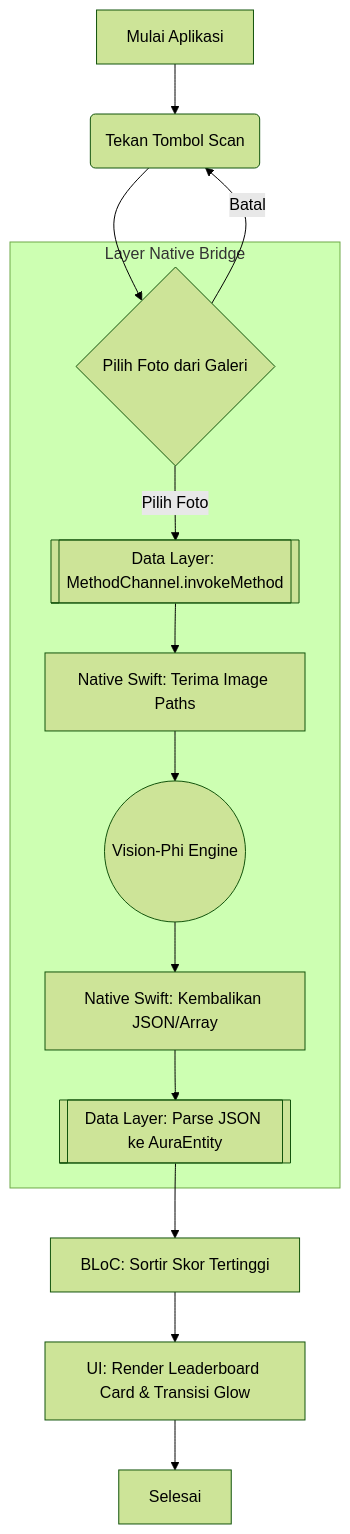
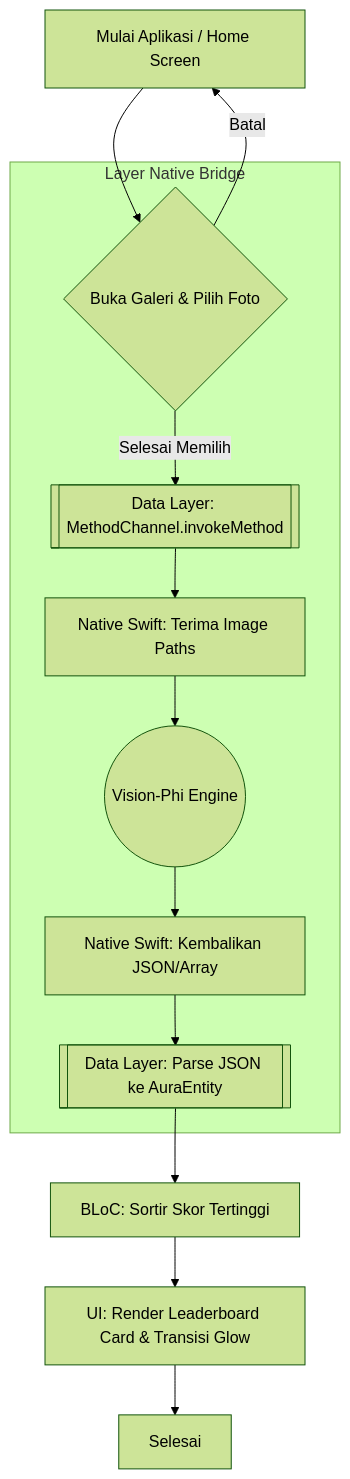
Before and after one commit to nunutech40/AuraApp: the first of 2 diagrams in TRD.md, drawn with Mermaid (forest theme).

Commit message:
docs: Remove redundant Scan button step from flowchart

````diff
--- a/TRD.md
+++ b/TRD.md
@@ -51,18 +51,17 @@
 ```mermaid
 graph TD
-    A[Mulai Aplikasi] --> B(Tekan Tombol Scan)
-    B --> C{Pilih Foto dari Galeri}
-    C -->|Batal| B
+    A[Mulai Aplikasi / Home Screen] --> B{Buka Galeri & Pilih Foto}
+    B -->|Batal| A
     
     subgraph Layer Native Bridge
-    C -->|Pilih Foto| F[[Data Layer: MethodChannel.invokeMethod]]
+    B -->|Selesai Memilih| F[[Data Layer: MethodChannel.invokeMethod]]
     F --> G[Native Swift: Terima Image Paths]
     G --> H((Vision-Phi Engine))
     H --> I[Native Swift: Kembalikan JSON/Array]
     I --> J[[Data Layer: Parse JSON ke AuraEntity]]
     end
     
     J --> K[BLoC: Sortir Skor Tertinggi]
     K --> N[UI: Render Leaderboard Card & Transisi Glow]
     N --> O[Selesai]
 ```
````
